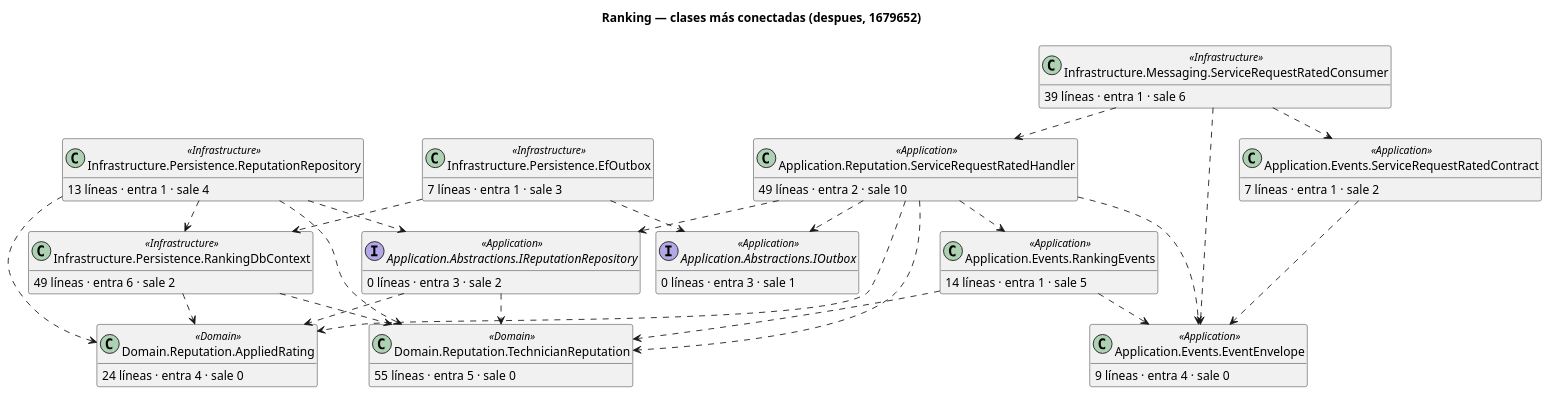
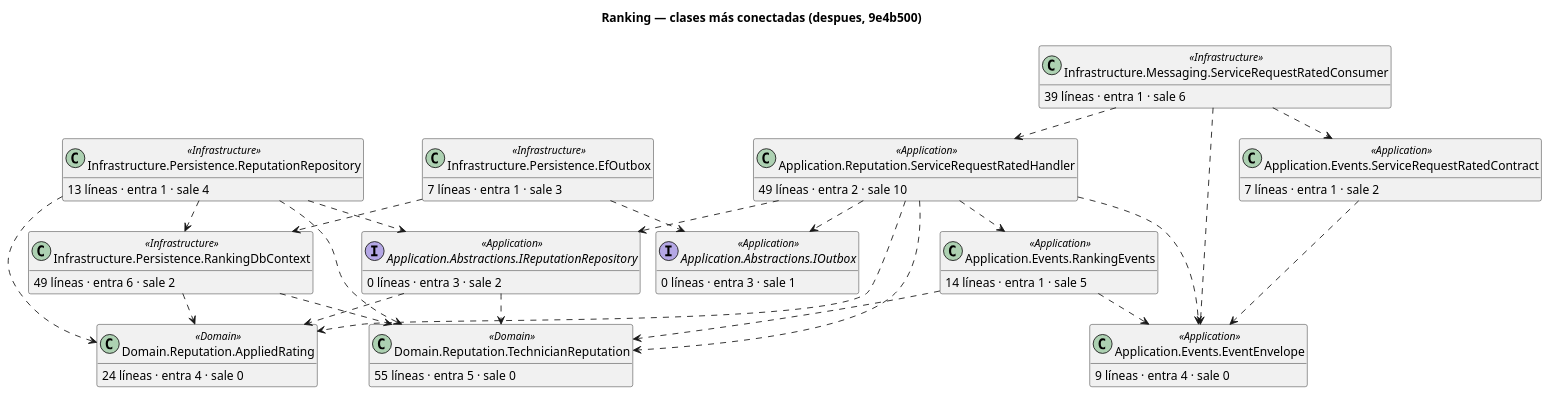
Before and after one commit to ARQUI-202630/quickpatch: the diagram in docs/architecture/codigo/despues/ranking/clases-centrales.puml, drawn with PlantUML. The commit also changed 83 other files, not shown here.

```diff
--- a/docs/architecture/codigo/despues/ranking/clases-centrales.puml
+++ b/docs/architecture/codigo/despues/ranking/clases-centrales.puml
@@ -1,64 +1,64 @@
 @startuml
 !pragma layout smetana
-title Ranking — clases más conectadas (despues, 1679652)
+title Ranking — clases más conectadas (despues, 9e4b500)
 hide empty members
 skinparam shadowing false
 class "Application.Reputation.ServiceRequestRatedHandler" as QuickPatch_Ranking_Application_Reputation_ServiceRequestRatedHandler <<Application>> {
   49 líneas · entra 2 · sale 10
 }
 class "Infrastructure.Persistence.RankingDbContext" as QuickPatch_Ranking_Infrastructure_Persistence_RankingDbContext <<Infrastructure>> {
   49 líneas · entra 6 · sale 2
 }
 class "Infrastructure.Messaging.ServiceRequestRatedConsumer" as QuickPatch_Ranking_Infrastructure_Messaging_ServiceRequestRatedConsumer <<Infrastructure>> {
   39 líneas · entra 1 · sale 6
 }
 class "Application.Events.RankingEvents" as QuickPatch_Ranking_Application_Events_RankingEvents <<Application>> {
   14 líneas · entra 1 · sale 5
 }
 class "Infrastructure.Persistence.ReputationRepository" as QuickPatch_Ranking_Infrastructure_Persistence_ReputationRepository <<Infrastructure>> {
   13 líneas · entra 1 · sale 4
 }
 interface "Application.Abstractions.IReputationRepository" as QuickPatch_Ranking_Application_Abstractions_IReputationRepository <<Application>> {
   0 líneas · entra 3 · sale 2
 }
 class "Domain.Reputation.TechnicianReputation" as QuickPatch_Ranking_Domain_Reputation_TechnicianReputation <<Domain>> {
   55 líneas · entra 5 · sale 0
 }
 class "Infrastructure.Persistence.EfOutbox" as QuickPatch_Ranking_Infrastructure_Persistence_EfOutbox <<Infrastructure>> {
   7 líneas · entra 1 · sale 3
 }
 class "Application.Events.EventEnvelope" as QuickPatch_Ranking_Application_Events_EventEnvelope <<Application>> {
   9 líneas · entra 4 · sale 0
 }
 class "Domain.Reputation.AppliedRating" as QuickPatch_Ranking_Domain_Reputation_AppliedRating <<Domain>> {
   24 líneas · entra 4 · sale 0
 }
 interface "Application.Abstractions.IOutbox" as QuickPatch_Ranking_Application_Abstractions_IOutbox <<Application>> {
   0 líneas · entra 3 · sale 1
 }
 class "Application.Events.ServiceRequestRatedContract" as QuickPatch_Ranking_Application_Events_ServiceRequestRatedContract <<Application>> {
   7 líneas · entra 1 · sale 2
 }
 QuickPatch_Ranking_Application_Abstractions_IReputationRepository ..> QuickPatch_Ranking_Domain_Reputation_AppliedRating
 QuickPatch_Ranking_Application_Abstractions_IReputationRepository ..> QuickPatch_Ranking_Domain_Reputation_TechnicianReputation
 QuickPatch_Ranking_Application_Events_RankingEvents ..> QuickPatch_Ranking_Application_Events_EventEnvelope
 QuickPatch_Ranking_Application_Events_RankingEvents ..> QuickPatch_Ranking_Domain_Reputation_TechnicianReputation
 QuickPatch_Ranking_Application_Events_ServiceRequestRatedContract ..> QuickPatch_Ranking_Application_Events_EventEnvelope
 QuickPatch_Ranking_Application_Reputation_ServiceRequestRatedHandler ..> QuickPatch_Ranking_Application_Abstractions_IOutbox
 QuickPatch_Ranking_Application_Reputation_ServiceRequestRatedHandler ..> QuickPatch_Ranking_Application_Abstractions_IReputationRepository
 QuickPatch_Ranking_Application_Reputation_ServiceRequestRatedHandler ..> QuickPatch_Ranking_Application_Events_EventEnvelope
 QuickPatch_Ranking_Application_Reputation_ServiceRequestRatedHandler ..> QuickPatch_Ranking_Application_Events_RankingEvents
 QuickPatch_Ranking_Application_Reputation_ServiceRequestRatedHandler ..> QuickPatch_Ranking_Domain_Reputation_AppliedRating
 QuickPatch_Ranking_Application_Reputation_ServiceRequestRatedHandler ..> QuickPatch_Ranking_Domain_Reputation_TechnicianReputation
 QuickPatch_Ranking_Infrastructure_Messaging_ServiceRequestRatedConsumer ..> QuickPatch_Ranking_Application_Events_EventEnvelope
 QuickPatch_Ranking_Infrastructure_Messaging_ServiceRequestRatedConsumer ..> QuickPatch_Ranking_Application_Events_ServiceRequestRatedContract
 QuickPatch_Ranking_Infrastructure_Messaging_ServiceRequestRatedConsumer ..> QuickPatch_Ranking_Application_Reputation_ServiceRequestRatedHandler
 QuickPatch_Ranking_Infrastructure_Persistence_EfOutbox ..> QuickPatch_Ranking_Application_Abstractions_IOutbox
 QuickPatch_Ranking_Infrastructure_Persistence_EfOutbox ..> QuickPatch_Ranking_Infrastructure_Persistence_RankingDbContext
 QuickPatch_Ranking_Infrastructure_Persistence_RankingDbContext ..> QuickPatch_Ranking_Domain_Reputation_AppliedRating
 QuickPatch_Ranking_Infrastructure_Persistence_RankingDbContext ..> QuickPatch_Ranking_Domain_Reputation_TechnicianReputation
 QuickPatch_Ranking_Infrastructure_Persistence_ReputationRepository ..> QuickPatch_Ranking_Application_Abstractions_IReputationRepository
 QuickPatch_Ranking_Infrastructure_Persistence_ReputationRepository ..> QuickPatch_Ranking_Domain_Reputation_AppliedRating
 QuickPatch_Ranking_Infrastructure_Persistence_ReputationRepository ..> QuickPatch_Ranking_Domain_Reputation_TechnicianReputation
 QuickPatch_Ranking_Infrastructure_Persistence_ReputationRepository ..> QuickPatch_Ranking_Infrastructure_Persistence_RankingDbContext
 @enduml
```
